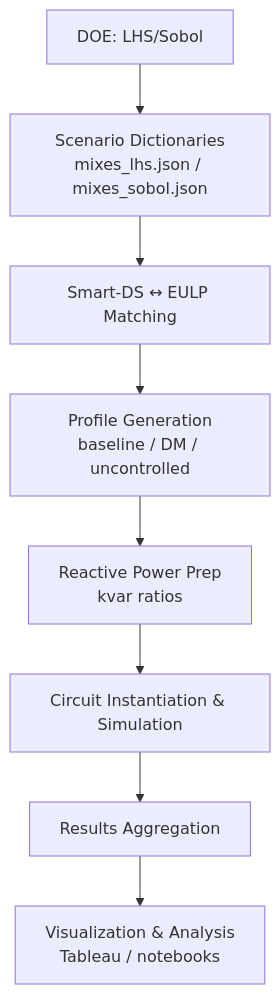
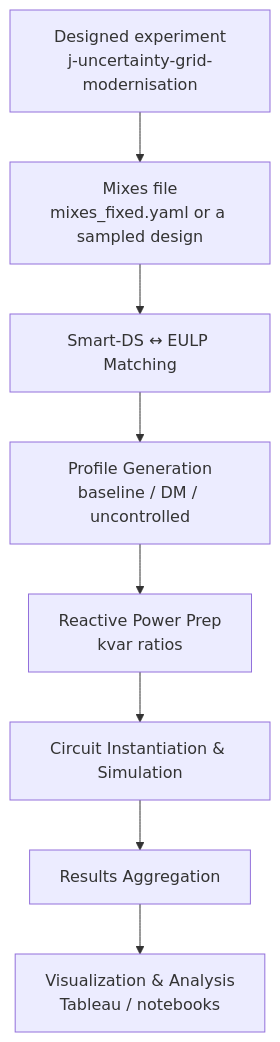
The diagram in docs/intro.md (DeltaE/dss-eulp-coupling), drawn with Mermaid before and after one commit. The commit also changed 26 other files, not shown here.

Commit message:
chore: remove dead names and the experiment generator, mixes in YAML

````diff
--- a/docs/intro.md
+++ b/docs/intro.md
@@ -27,10 +27,10 @@
 ```{mermaid}
 flowchart TD
-    A[DOE: LHS/Sobol] --> B[Scenario Dictionaries<br/>mixes_lhs.json / mixes_sobol.json]
+    A[Designed experiment<br/>j-uncertainty-grid-modernisation] --> B[Mixes file<br/>mixes_fixed.yaml or a sampled design]
     B --> C[Smart-DS ↔ EULP Matching]
     C --> D[Profile Generation<br/>baseline / DM / uncontrolled]
     D --> E[Reactive Power Prep<br/>kvar ratios]
     E --> F[Circuit Instantiation & Simulation]
     F --> G[Results Aggregation]
     G --> H[Visualization & Analysis<br/>Tableau / notebooks]
 ```
````
